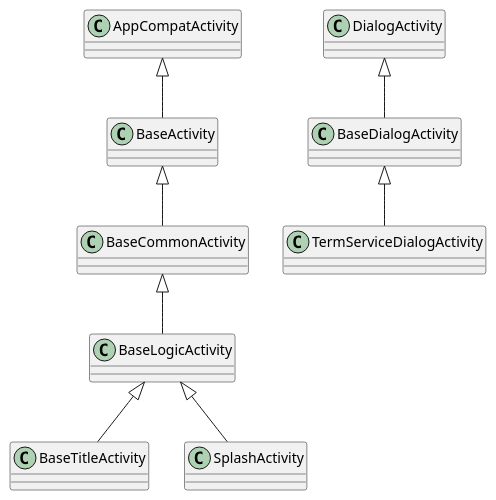
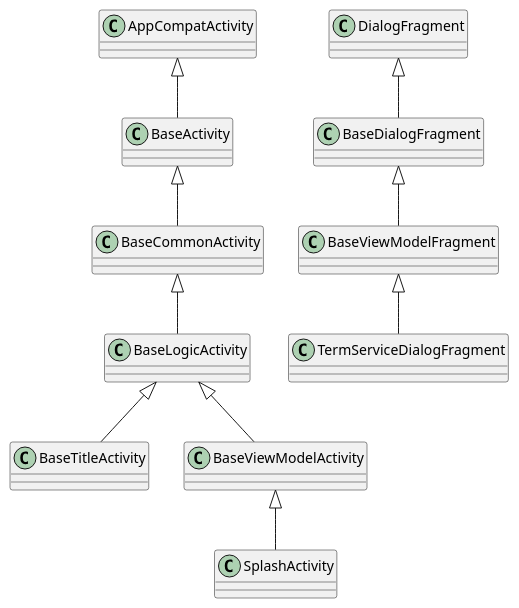
One commit to boredommaker/cloud-music-java-self changed the diagram in class.puml. Above: the diagram before and after it, drawn with PlantUML. The commit also changed 6 other files, not shown here.

Commit message:
创建BaseViewModel,A extends B<T>，通过反射从A获取T，简化binding写法

```diff
--- a/class.puml
+++ b/class.puml
@@ -1,12 +1,16 @@
 @startuml
 'https://plantuml.com/class-diagram
 
 AppCompatActivity    <|--    BaseActivity
 BaseActivity         <|--    BaseCommonActivity
 BaseCommonActivity   <|--    BaseLogicActivity
 BaseLogicActivity    <|--    BaseTitleActivity
-BaseLogicActivity    <|--    SplashActivity
+BaseViewModelActivity    <|--    SplashActivity
 
-DialogActivity       <|--    BaseDialogActivity
-BaseDialogActivity   <|--    TermServiceDialogActivity
+DialogFragment    <|--    BaseDialogFragment
+BaseDialogFragment   <|--    BaseViewModelFragment
+BaseViewModelFragment <|--    TermServiceDialogFragment
+
+
+BaseLogicActivity <|-- BaseViewModelActivity
 @enduml
```
